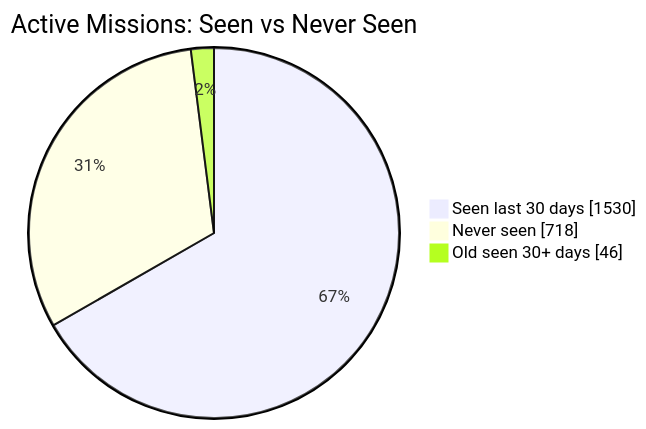
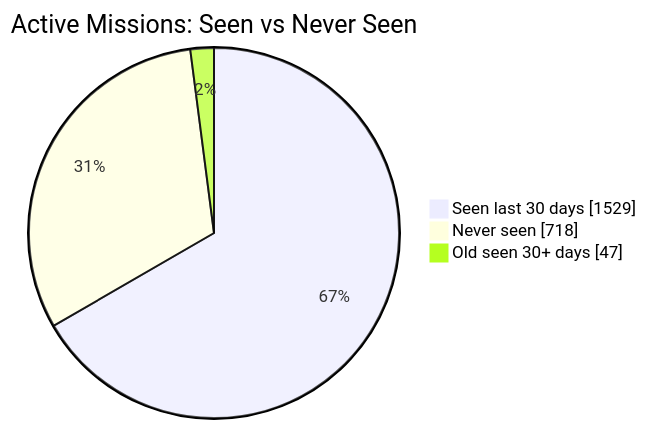
The first of 2 diagrams in README.md (MeldkamerspelGameTeam/active-missions), drawn with Mermaid before and after one commit. The commit also changed other lines of this file and 2 other files, not shown here.

````diff
--- a/README.md
+++ b/README.md
@@ -34,7 +34,7 @@
 ```mermaid
 pie showData
     title Active Missions: Seen vs Never Seen
-    "Seen last 30 days" : 1530
+    "Seen last 30 days" : 1529
     "Never seen" : 718
-    "Old seen 30+ days" : 46
+    "Old seen 30+ days" : 47
 ```
````
